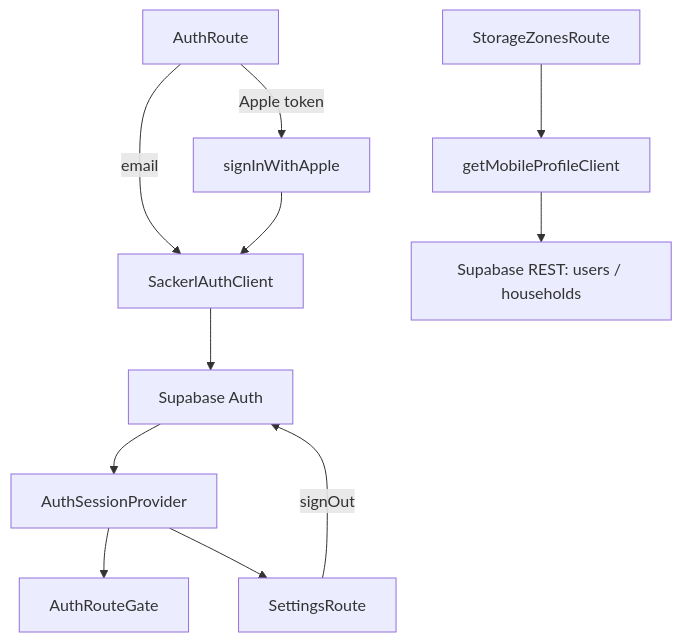
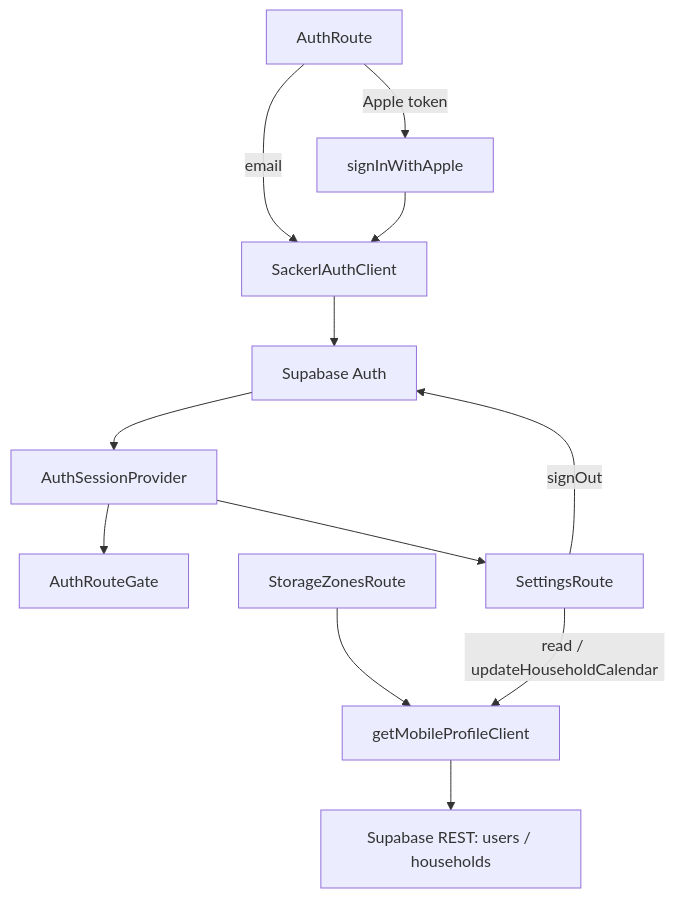
The diagram in docs/code-map/Authentication and Household.md (redonhalimaj/sackerl), drawn with Mermaid before and after one commit. The commit also changed other lines of this file and 93 other files, not shown here.

````diff
--- a/docs/code-map/Authentication and Household.md
+++ b/docs/code-map/Authentication and Household.md
@@ -13,13 +13,14 @@
 ```mermaid
 flowchart TD
   AuthScreen[AuthRoute] -->|email| AuthClient[SackerlAuthClient]
   AuthScreen -->|Apple token| Apple[signInWithApple]
   AuthClient --> Supabase[Supabase Auth]
   Apple --> AuthClient
   Supabase --> Provider[AuthSessionProvider]
   Provider --> Gate[AuthRouteGate]
   Zones[StorageZonesRoute] --> Profile[getMobileProfileClient]
   Profile --> Rest[Supabase REST: users / households]
   Provider --> Settings[SettingsRoute]
+  Settings -->|read / updateHouseholdCalendar| Profile
   Settings -->|signOut| Supabase
 ```
````
